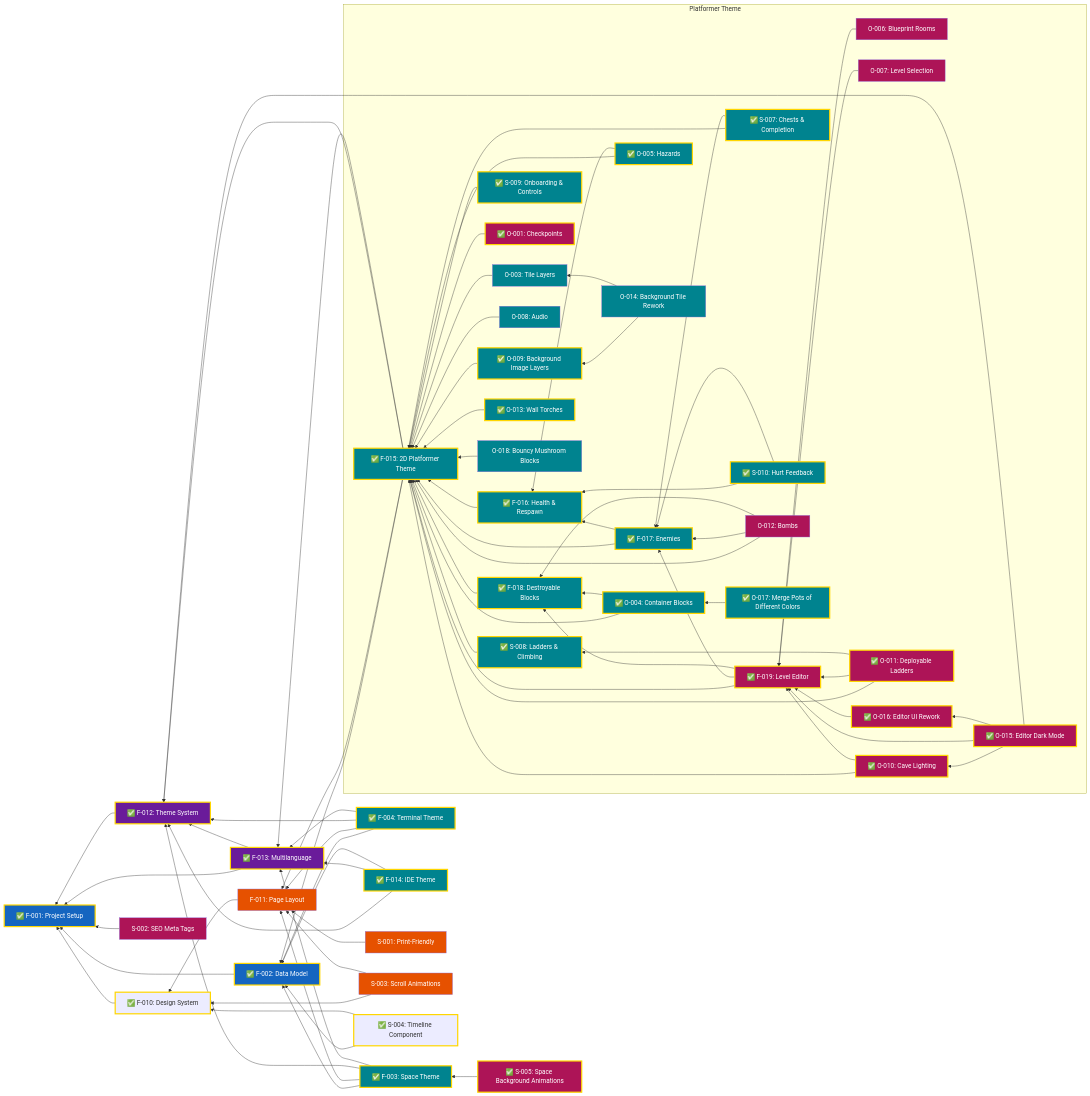
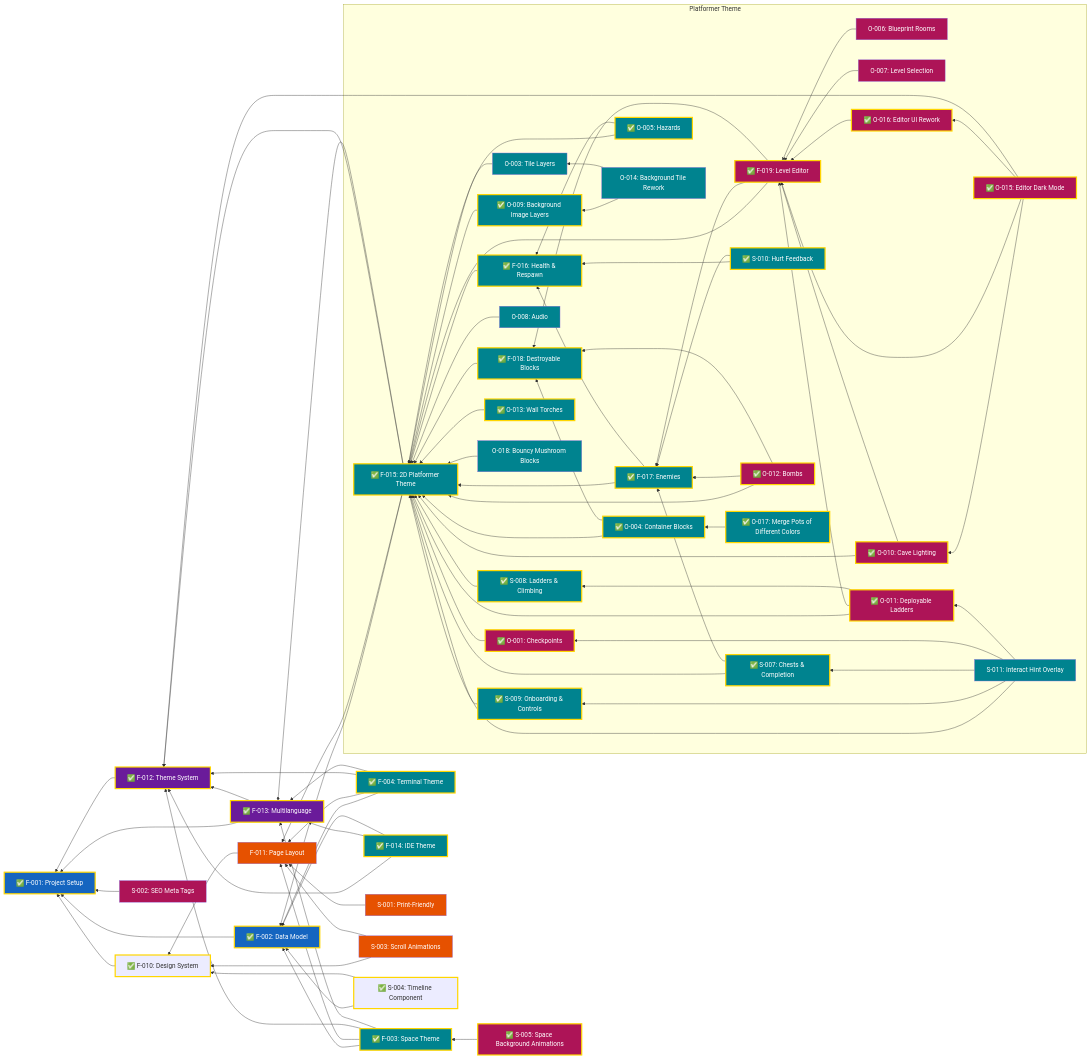
Before and after one commit to garcipat/cv-website: the diagram in docs/Features.md, drawn with Mermaid. The commit also changed 60 other files, not shown here.

```diff
--- a/docs/Features.md
+++ b/docs/Features.md
@@ -43,13 +43,14 @@
         O009["✅ O-009: Background Image Layers"]
         O010["✅ O-010: Cave Lighting"]
         O011["✅ O-011: Deployable Ladders"]
-        O012["O-012: Bombs"]
+        O012["✅ O-012: Bombs"]
         O013["✅ O-013: Wall Torches"]
         O014["O-014: Background Tile Rework"]
         O015["✅ O-015: Editor Dark Mode"]
         O016["✅ O-016: Editor UI Rework"]
         O017["✅ O-017: Merge Pots of Different Colors"]
         O018["O-018: Bouncy Mushroom Blocks"]
+        S011["S-011: Interact Hint Overlay"]
     end
 
     F003 --> F002
@@ -123,6 +124,12 @@
     O017 --> O004
     O018 --> F015
 
+    S011 --> F015
+    S011 --> S009
+    S011 --> S007
+    S011 --> O001
+    S011 --> O011
+
     classDef done stroke:#FFD600,stroke-width:3px
     classDef projectSetup fill:#1565C0,color:#ffffff
     classDef layoutNavigation fill:#E65100,color:#ffffff
@@ -147,10 +154,12 @@
     class O001 done
     class S005 done
     class F015,F016,F017,F018,S007,S008,S009,S010,O003,O004,O005,O008,O009,O013,O014 themes
+    class S011 themes
     class O017 themes
     class O017 done
     class O018 themes
     class F019,O006,O007,O010,O011,O012,O015,O016 enhancements
+    class O012 done
     class F015,F016,F017,F018,F019,S007,S008,S009,S010,O004,O005,O009 done
     class O013 done
     class O010 done
```
